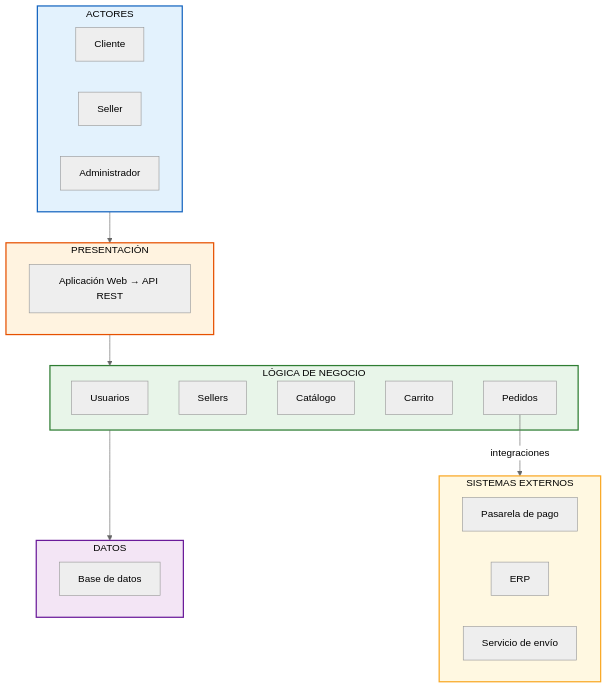
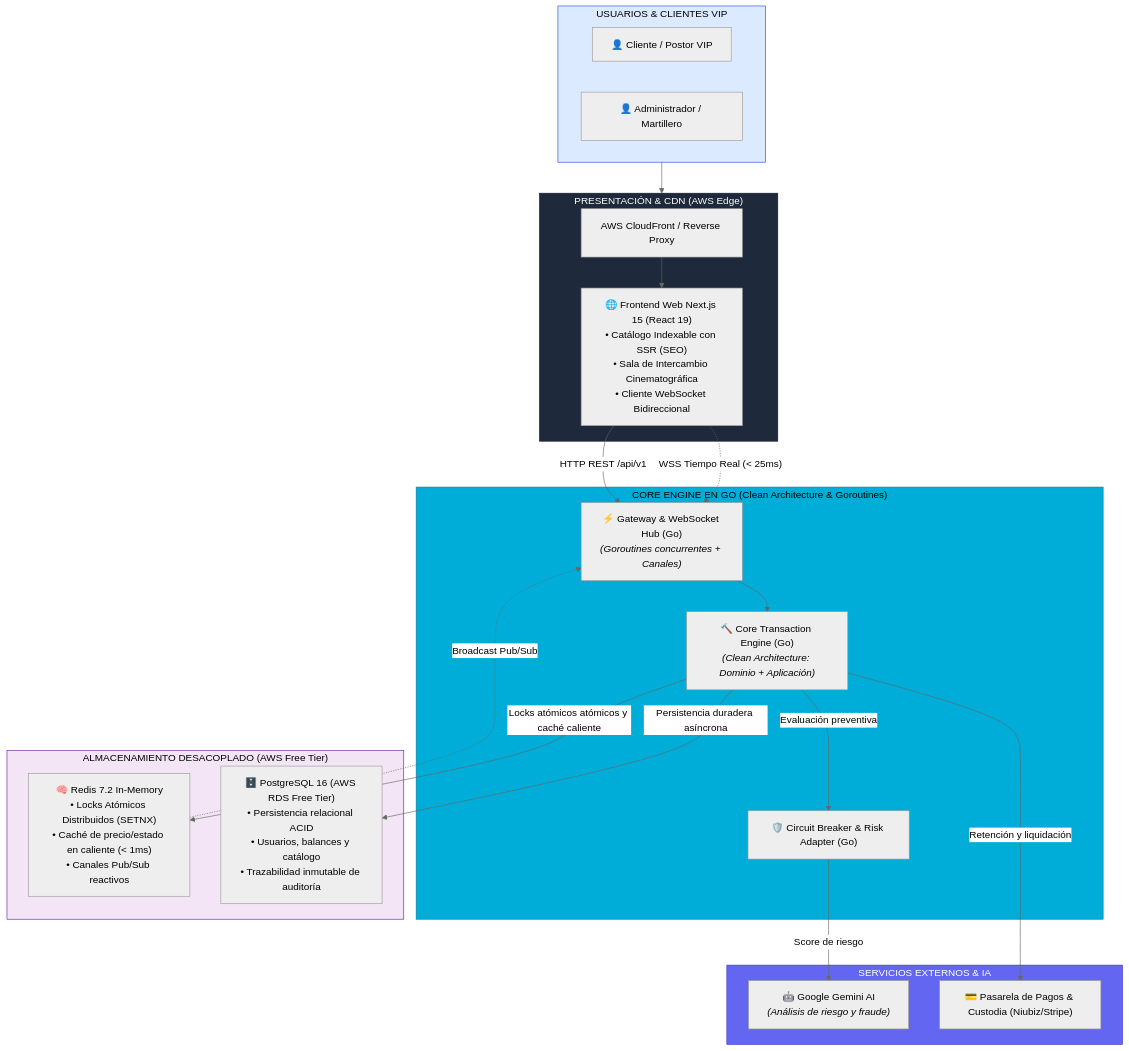
Before and after one commit to fxrl01/Marketplace-arquitSoft-02-Fernando: the second of 2 diagrams in docs/02-arquitectura-software/arquitectura-inicial.md, drawn with Mermaid (neutral theme). The commit also changed other lines of this file and 3 other files, not shown here.

Commit message:
docs: alinear analisis, restricciones, drivers y arquitectura inicial a Go, Next.js y persistencia desacoplada

````diff
--- a/docs/02-arquitectura-software/arquitectura-inicial.md
+++ b/docs/02-arquitectura-software/arquitectura-inicial.md
@@ -50,62 +66,63 @@
 ```mermaid
 flowchart TD
     %% =========================
     %% ACTORES
     %% =========================
-    subgraph ACTORES["ACTORES"]
-        Cliente["Cliente"]
-        Seller["Seller"]
-        Admin["Administrador"]
+    subgraph ACTORES["USUARIOS & CLIENTES VIP"]
+        Comprador["👤 Cliente / Postor VIP"]
+        Operador["👤 Administrador / Martillero"]
     end
 
     %% =========================
-    %% PRESENTACIÓN
+    %% RED & PRESENTACIÓN
     %% =========================
-    subgraph PRESENTACION["PRESENTACIÓN"]
-        Web["Aplicación Web → API REST"]
+    subgraph PRESENTACION["PRESENTACIÓN & CDN (AWS Edge)"]
+        CDN["AWS CloudFront / Reverse Proxy"]
+        NextApp["🌐 Frontend Web Next.js 15 (React 19)<br>• Catálogo Indexable con SSR (SEO)<br>• Sala de Intercambio Cinematográfica<br>• Cliente WebSocket Bidireccional"]
     end
 
     %% =========================
-    %% LÓGICA DE NEGOCIO
+    %% BACKEND EN GO (CLEAN ARCHITECTURE)
     %% =========================
-    subgraph NEGOCIO["LÓGICA DE NEGOCIO"]
-        Usuarios["Usuarios"]
-        Sellers["Sellers"]
-        Catalogo["Catálogo"]
-        Carrito["Carrito"]
-        Pedidos["Pedidos"]
+    subgraph BACKEND["CORE ENGINE EN GO (Clean Architecture & Goroutines)"]
+        Gateway["⚡ Gateway & WebSocket Hub (Go)<br><i>(Goroutines concurrentes + Canales)</i>"]
+        CoreService["🔨 Core Transaction Engine (Go)<br><i>(Clean Architecture: Dominio + Aplicación)</i>"]
+        CircuitBreaker["🛡️ Circuit Breaker & Risk Adapter (Go)"]
     end
 
     %% =========================
-    %% DATOS
+    %% PERSISTENCIA DESACOPLADA
     %% =========================
-    subgraph DATOS["DATOS"]
-        BD["Base de datos"]
+    subgraph DATOS["ALMACENAMIENTO DESACOPLADO (AWS Free Tier)"]
+        Redis["🧠 Redis 7.2 In-Memory<br>• Locks Atómicos Distribuidos (SETNX)<br>• Caché de precio/estado en caliente (< 1ms)<br>• Canales Pub/Sub reactivos"]
+        Postgres["🗄️ PostgreSQL 16 (AWS RDS Free Tier)<br>• Persistencia relacional ACID<br>• Usuarios, balances y catálogo<br>• Trazabilidad inmutable de auditoría"]
     end
 
     %% =========================
-    %% SISTEMAS EXTERNOS
+    %% INTEGRACIONES EXTERNAS
     %% =========================
-    subgraph EXTERNOS["SISTEMAS EXTERNOS"]
-        Pago["Pasarela de pago"]
-        ERP["ERP"]
-        Envio["Servicio de envío"]
+    subgraph EXTERNOS["SERVICIOS EXTERNOS & IA"]
+        Gemini["🤖 Google Gemini AI<br><i>(Análisis de riesgo y fraude)</i>"]
+        Pago["💳 Pasarela de Pagos & Custodia (Niubiz/Stripe)"]
     end
 
-    %% =========================
-    %% FLUJO PRINCIPAL
-    %% =========================
+    %% FLUJOS
     ACTORES --> PRESENTACION
-    PRESENTACION --> NEGOCIO
-    NEGOCIO --> DATOS
-    Pedidos -->|"integraciones"| EXTERNOS
+    CDN --> NextApp
+    NextApp -.->|"WSS Tiempo Real (< 25ms)"| Gateway
+    NextApp -->|"HTTP REST /api/v1"| Gateway
+    Gateway --> CoreService
+    CoreService -->|"Locks atómicos atómicos y caché caliente"| Redis
+    CoreService -->|"Persistencia duradera asíncrona"| Postgres
+    CoreService -->|"Evaluación preventiva"| CircuitBreaker
+    CircuitBreaker -->|"Score de riesgo"| Gemini
+    CoreService -->|"Retención y liquidación"| Pago
+    Redis -.->|"Broadcast Pub/Sub"| Gateway
 
-    %% =========================
     %% ESTILOS
-    %% =========================
-    style ACTORES fill:#E3F2FD,stroke:#1565C0,stroke-width:2px,color:#000
-    style PRESENTACION fill:#FFF3E0,stroke:#E65100,stroke-width:2px,color:#000
-    style NEGOCIO fill:#E8F5E9,stroke:#2E7D32,stroke-width:2px,color:#000
-    style DATOS fill:#F3E5F5,stroke:#6A1B9A,stroke-width:2px,color:#000
-    style EXTERNOS fill:#FFF8E1,stroke:#F9A825,stroke-width:2px,color:#000
+    style ACTORES fill:#DBEAFE,stroke:#1D4ED8,color:#000
+    style PRESENTACION fill:#1E293B,stroke:#0F172A,color:#FFF
+    style BACKEND fill:#00ADD8,stroke:#007D9C,color:#000
+    style DATOS fill:#F3E5F5,stroke:#6A1B9A,color:#000
+    style EXTERNOS fill:#6366F1,stroke:#4338CA,color:#FFF
 ```
````
